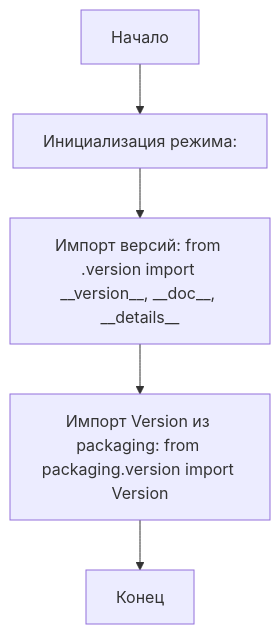
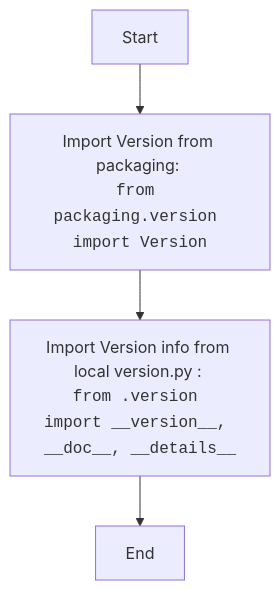
Before and after one commit to hypo69/hypo: the second of 2 diagrams in docs/gemini/ru/explainer/src/webdriver/edge/_examples/__init__.py.md, drawn with Mermaid. The commit also changed other lines of this file and 1300 other files, not shown here.

````diff
--- a/docs/gemini/ru/explainer/src/webdriver/edge/_examples/__init__.py.md
+++ b/docs/gemini/ru/explainer/src/webdriver/edge/_examples/__init__.py.md
@@ -7,7 +43,6 @@
 ```mermaid
 flowchart TD
-    Start[Начало] --> InitializeMode[Инициализация режима: ];
-    InitializeMode --> ImportVersion[Импорт версий: from .version import __version__, __doc__, __details__];
-    ImportVersion --> ImportPackagingVersion[Импорт Version из packaging: from packaging.version import Version];
-    ImportPackagingVersion --> End[Конец];
+    Start --> ImportVersion[Import Version from packaging: <br><code>from packaging.version import Version</code>]
+    ImportVersion --> ImportVersionInfo[Import Version info from local version.py : <br><code>from .version import __version__, __doc__, __details__</code>]
+    ImportVersionInfo --> End
 ```
````
